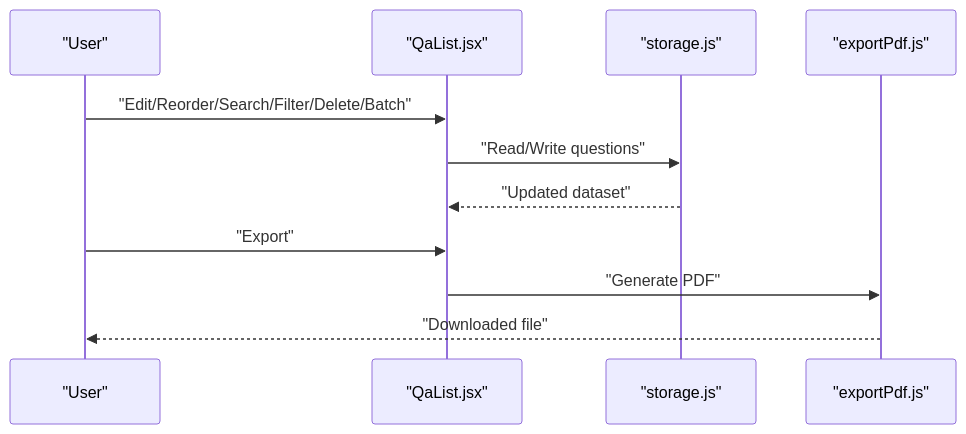
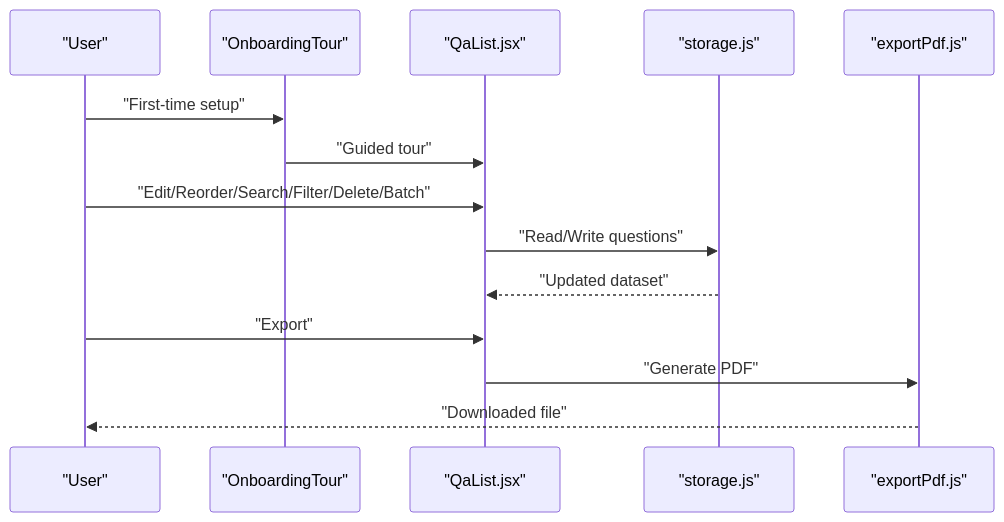
One commit to zmyeo54/briefroom changed the second of 4 diagrams in .qoder/repowiki/en/content/Core Features/Interview Question Generator/Question List Management.md. Above: the diagram before and after it, drawn with Mermaid. The commit also changed other lines of this file and 32 other files, not shown here.

````diff
--- a/.qoder/repowiki/en/content/Core Features/Interview Question Generator/Question List Management.md
+++ b/.qoder/repowiki/en/content/Core Features/Interview Question Generator/Question List Management.md
@@ -96,13 +117,16 @@
 ```mermaid
 sequenceDiagram
 participant U as "User"
+participant OT as "OnboardingTour"
 participant QL as "QaList.jsx"
 participant ST as "storage.js"
 participant EP as "exportPdf.js"
+U->>OT : "First-time setup"
+OT->>QL : "Guided tour"
 U->>QL : "Edit/Reorder/Search/Filter/Delete/Batch"
 QL->>ST : "Read/Write questions"
 ST-->>QL : "Updated dataset"
 U->>QL : "Export"
 QL->>EP : "Generate PDF"
 EP-->>U : "Downloaded file"
 ```
````
